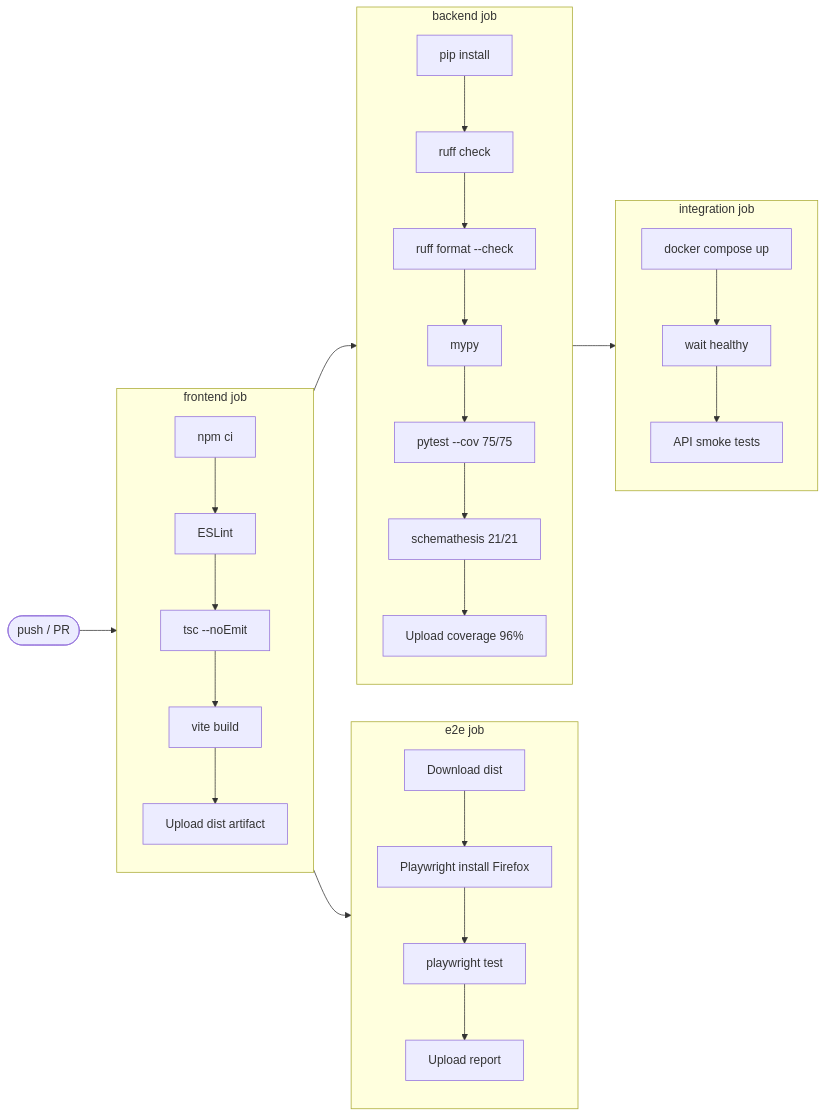
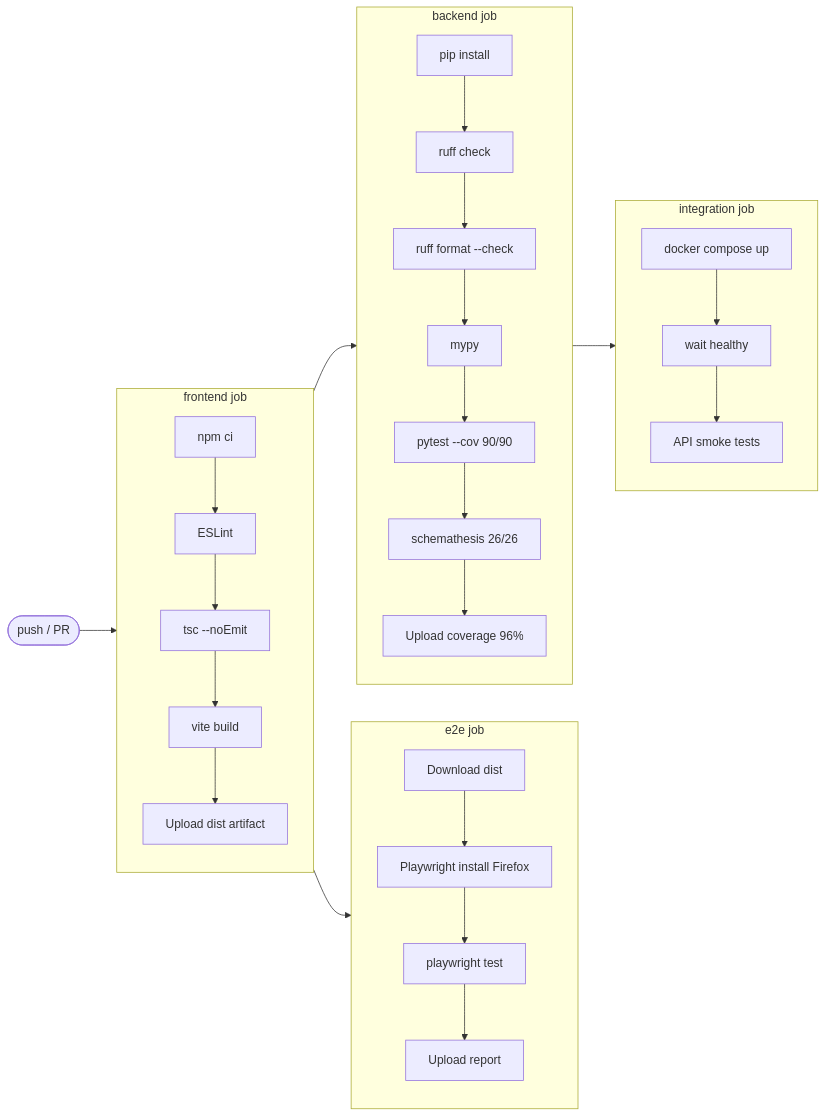
The second of 3 diagrams in README.md (Kensan196948G/ArcSphere3D), drawn with Mermaid before and after one commit. The commit also changed other lines of this file, not shown here.

Commit message:
docs(readme): add vertical alignment API endpoints, update schemathesis 21→26, pytest 75→90

````diff
--- a/README.md
+++ b/README.md
@@ -139,35 +144,35 @@
 ```mermaid
 flowchart LR
     A([push / PR]) --> F
 
     subgraph F["frontend job"]
         F1[npm ci] --> F2[ESLint]
         F2 --> F3[tsc --noEmit]
         F3 --> F4[vite build]
         F4 --> F5[Upload dist artifact]
     end
 
     subgraph E["e2e job"]
         E1[Download dist] --> E2[Playwright install Firefox]
         E2 --> E3[playwright test]
         E3 --> E4[Upload report]
     end
 
     subgraph B["backend job"]
         B1[pip install] --> B2[ruff check]
         B2 --> B3[ruff format --check]
         B3 --> B4[mypy]
-        B4 --> B5[pytest --cov 75/75]
-        B5 --> B6[schemathesis 21/21]
+        B4 --> B5[pytest --cov 90/90]
+        B5 --> B6[schemathesis 26/26]
         B6 --> B7[Upload coverage 96%]
     end
 
     subgraph I["integration job"]
         I1[docker compose up] --> I2[wait healthy]
         I2 --> I3[API smoke tests]
     end
 
     F --> E
     F --> B
     B --> I
 ```
````
